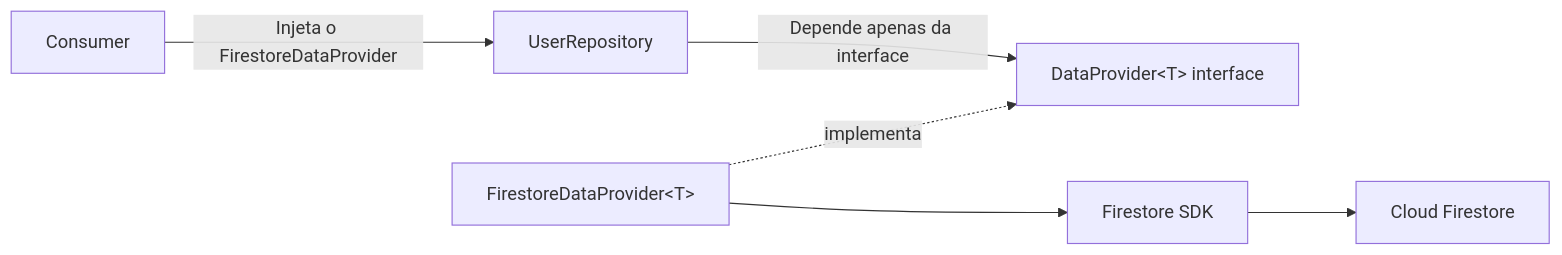
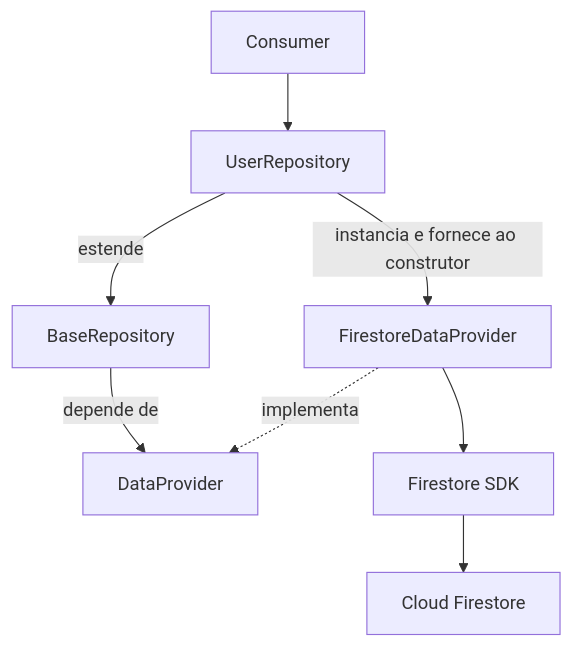
One commit to johnisonLima/firebase-starter changed the sixth of 7 diagrams in docs/Architecture-v1.0.md. Above: the diagram before and after it, drawn with Mermaid. The commit also changed other lines of this file, not shown here.

````diff
--- a/docs/Architecture-v1.0.md
+++ b/docs/Architecture-v1.0.md
@@ -511,16 +513,19 @@
 ```mermaid
-flowchart LR
+flowchart TB
     Consumer["Consumer"]
     UserRepository["UserRepository"]
-    DataProvider["DataProvider&lt;T&gt; interface"]
-    FirestoreDataProvider["FirestoreDataProvider&lt;T&gt;"]
-    FirestoreSDK["Firestore SDK"]
+    BaseRepository["BaseRepository<T>"]
+    Provider["FirestoreDataProvider<T>"]
+    Contract["DataProvider<T>"]
+    Firestore["Firestore SDK"]
     CloudFirestore["Cloud Firestore"]
 
-    Consumer -->|Injeta o FirestoreDataProvider| UserRepository
-    UserRepository -->|Depende apenas da interface| DataProvider
-    FirestoreDataProvider -. implementa .-> DataProvider
-    FirestoreDataProvider --> FirestoreSDK
-    FirestoreSDK --> CloudFirestore
+    Consumer --> UserRepository
+    UserRepository -->|estende| BaseRepository
+    UserRepository -->|instancia e fornece ao construtor| Provider
+    BaseRepository -->|depende de| Contract
+    Provider -.->|implementa| Contract
+    Provider --> Firestore
+    Firestore --> CloudFirestore
 
 ```
````
